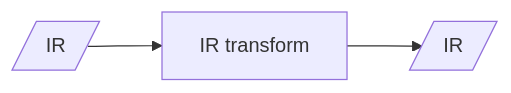
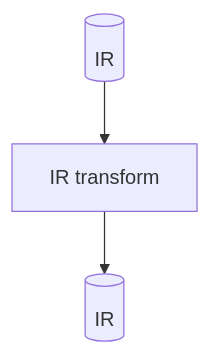
Before and after one commit to ASEM000/autoform: the diagram in docs/concepts/transforms.md, drawn with Mermaid. The commit also changed 3 other files, not shown here.

Commit message:
docs: edit mermaid style

````diff
--- a/docs/concepts/transforms.md
+++ b/docs/concepts/transforms.md
@@ -5,4 +5,5 @@
 ```{mermaid}
-flowchart LR
-    input[/"IR"/] --> transform["IR transform"] --> output[/"IR"/]
+flowchart TD
+    IR1[(IR)] --> X["IR transform"]
+    X --> IR2[(IR)]
 ```
````
